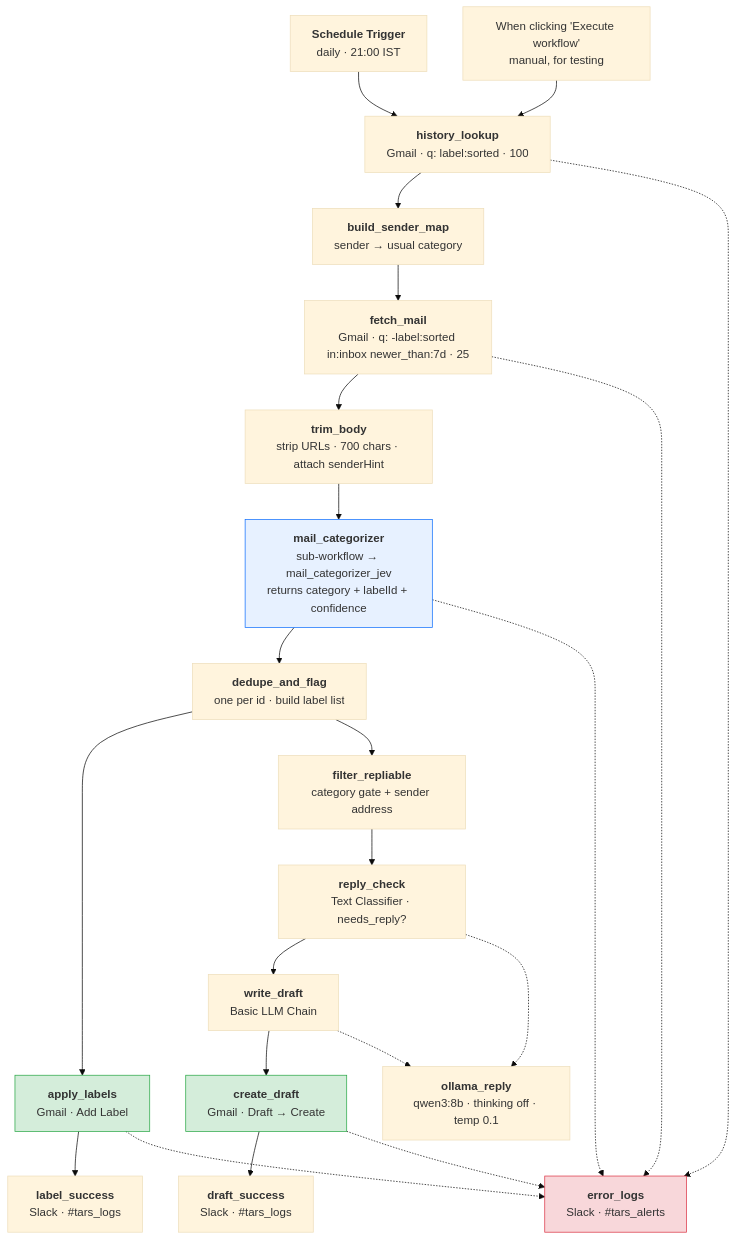
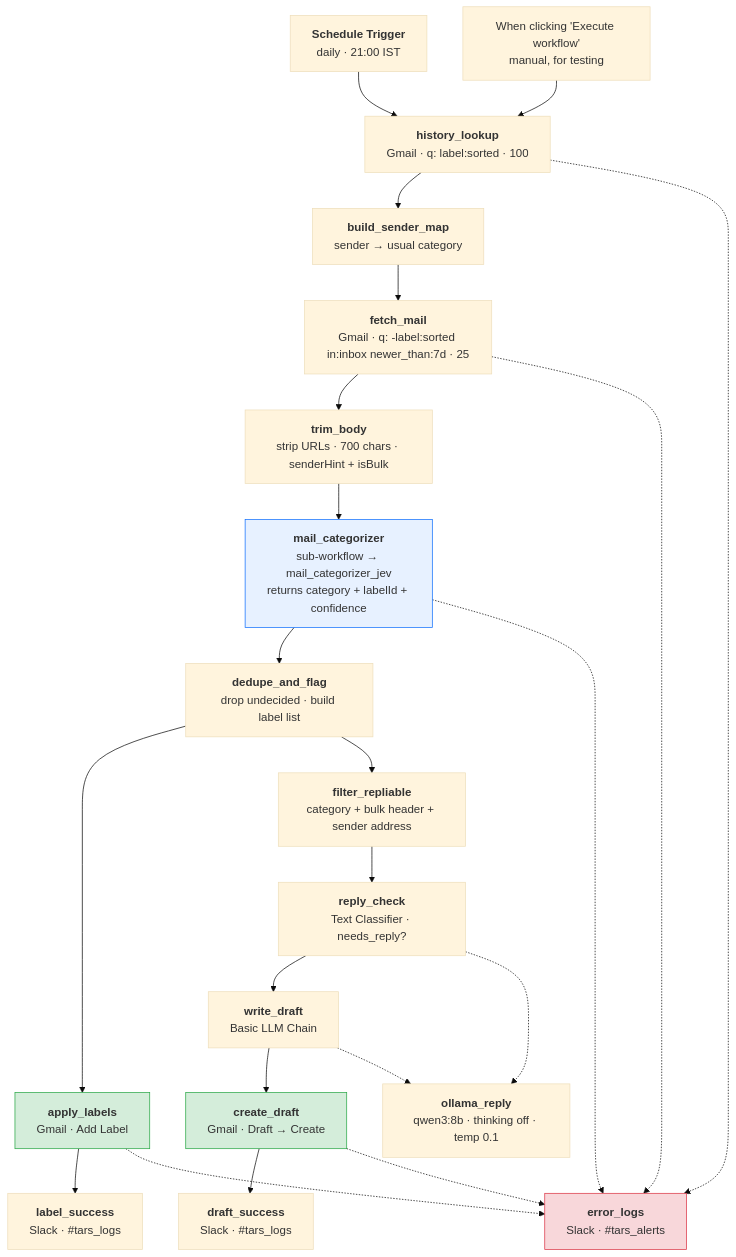
The diagram in docs/mail_label_draft.md (zeltraxion/automation-stack), drawn with Mermaid (base theme) before and after one commit. The commit also changed other lines of this file and 6 other files, not shown here.

Commit message:
fix: undecided mail keeps no label so it is re-checked, add bulk-header gate, connect categorizer error output

````diff
--- a/docs/mail_label_draft.md
+++ b/docs/mail_label_draft.md
@@ -17,38 +17,38 @@
 ```mermaid
 flowchart TD
     T1["<b>Schedule Trigger</b><br/>daily · 21:00 IST"]
     T2["When clicking 'Execute workflow'<br/>manual, for testing"]
     H["<b>history_lookup</b><br/>Gmail · q: label:sorted · 100"]
     M["<b>build_sender_map</b><br/>sender → usual category"]
     F["<b>fetch_mail</b><br/>Gmail · q: -label:sorted in:inbox newer_than:7d · 25"]
-    B["<b>trim_body</b><br/>strip URLs · 700 chars · attach senderHint"]
+    B["<b>trim_body</b><br/>strip URLs · 700 chars · senderHint + isBulk"]
     C["<b>mail_categorizer</b><br/>sub-workflow → mail_categorizer_jev<br/>returns category + labelId + confidence"]
-    D["<b>dedupe_and_flag</b><br/>one per id · build label list"]
+    D["<b>dedupe_and_flag</b><br/>drop undecided · build label list"]
     A["<b>apply_labels</b><br/>Gmail · Add Label"]
-    R["<b>filter_repliable</b><br/>category gate + sender address"]
+    R["<b>filter_repliable</b><br/>category + bulk header + sender address"]
     K["<b>reply_check</b><br/>Text Classifier · needs_reply?"]
     W["<b>write_draft</b><br/>Basic LLM Chain"]
     O["<b>ollama_reply</b><br/>qwen3:8b · thinking off · temp 0.1"]
     G["<b>create_draft</b><br/>Gmail · Draft → Create"]
     L1["<b>label_success</b><br/>Slack · #tars_logs"]
     L2["<b>draft_success</b><br/>Slack · #tars_logs"]
     L3["<b>error_logs</b><br/>Slack · #tars_alerts"]
     T1 --> H
     T2 --> H
     H --> M --> F --> B --> C --> D
     D --> A
     D --> R --> K --> W --> G
     K -.-> O
     W -.-> O
     A --> L1
     G --> L2
     H -.-> L3
     F -.-> L3
     C -.-> L3
     A -.-> L3
     G -.-> L3
     style L3 fill:#f8d7da,stroke:#dc3545
     style C fill:#e7f1ff,stroke:#0d6efd
     style A fill:#d4edda,stroke:#28a745
     style G fill:#d4edda,stroke:#28a745
 ```
````
